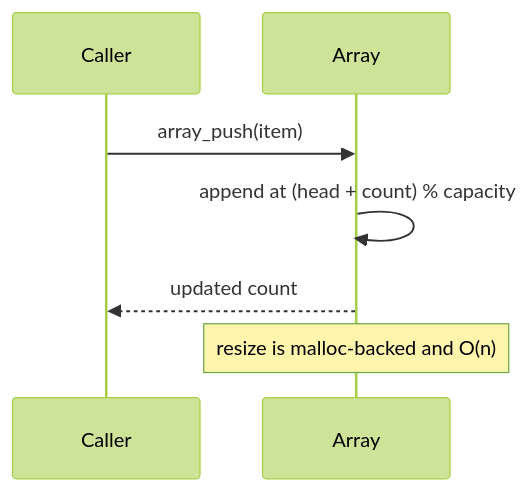
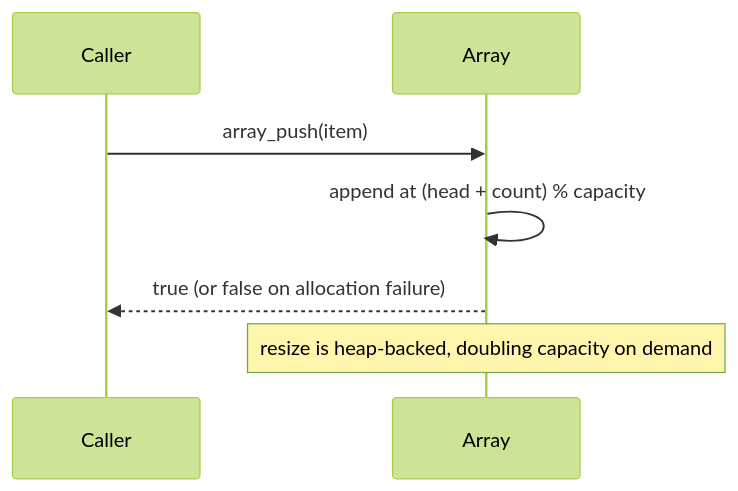
One commit to abdelhalimyasser/LettuceOs changed the second of 2 diagrams in docs/13-dynamic-array.md. Above: the diagram before and after it, drawn with Mermaid (forest theme). The commit also changed other lines of this file and 89 other files, not shown here.

````diff
--- a/docs/13-dynamic-array.md
+++ b/docs/13-dynamic-array.md
@@ -27,9 +37,9 @@
 ```mermaid
 sequenceDiagram
     participant Caller
     participant Array
     Caller->>Array: array_push(item)
     Array->>Array: append at (head + count) % capacity
-    Array-->>Caller: updated count
-    Note over Array: resize is malloc-backed and O(n)
+    Array-->>Caller: true (or false on allocation failure)
+    Note over Array: resize is heap-backed, doubling capacity on demand
 ```
````
